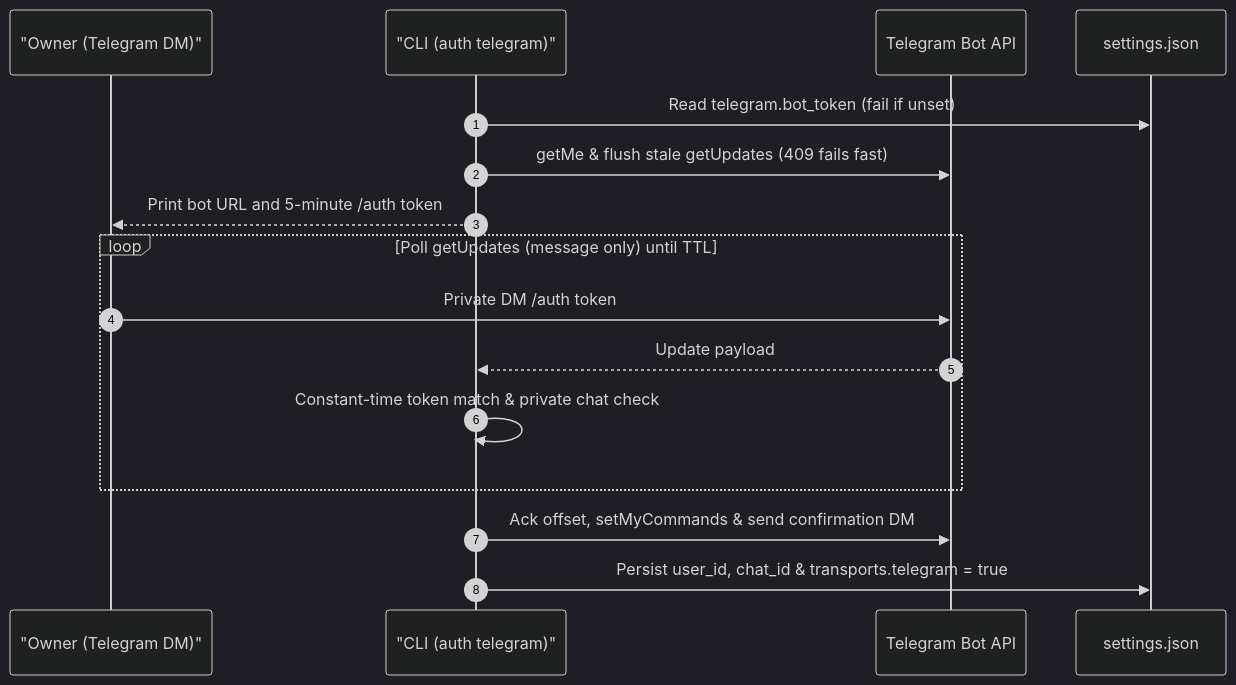
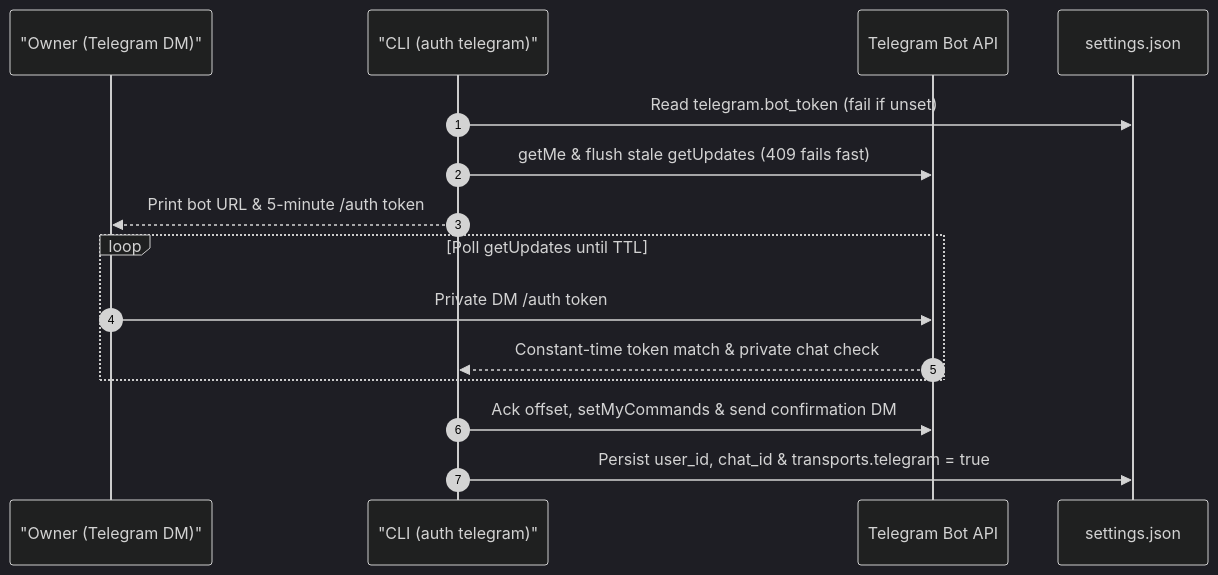
One commit to anlew2k2/task-aside changed the first of 4 diagrams in docs/seq-telegram.md. Above: the diagram before and after it, drawn with Mermaid (dark theme). The commit also changed other lines of this file and 32 other files, not shown here.

````diff
--- a/docs/seq-telegram.md
+++ b/docs/seq-telegram.md
@@ -7,19 +7,18 @@
 ```mermaid
 sequenceDiagram
   autonumber
   participant O as "Owner (Telegram DM)"
   participant CLI as "CLI (auth telegram)"
   participant API as Telegram Bot API
   participant CFG as settings.json
 
   CLI->>CFG: Read telegram.bot_token (fail if unset)
   CLI->>API: getMe & flush stale getUpdates (409 fails fast)
-  CLI-->>O: Print bot URL and 5-minute /auth token
-  loop Poll getUpdates (message only) until TTL
+  CLI-->>O: Print bot URL & 5-minute /auth token
+  loop Poll getUpdates until TTL
     O->>API: Private DM /auth token
-    API-->>CLI: Update payload
-    CLI->>CLI: Constant-time token match & private chat check
+    API-->>CLI: Constant-time token match & private chat check
   end
   CLI->>API: Ack offset, setMyCommands & send confirmation DM
   CLI->>CFG: Persist user_id, chat_id & transports.telegram = true
 ```
````
